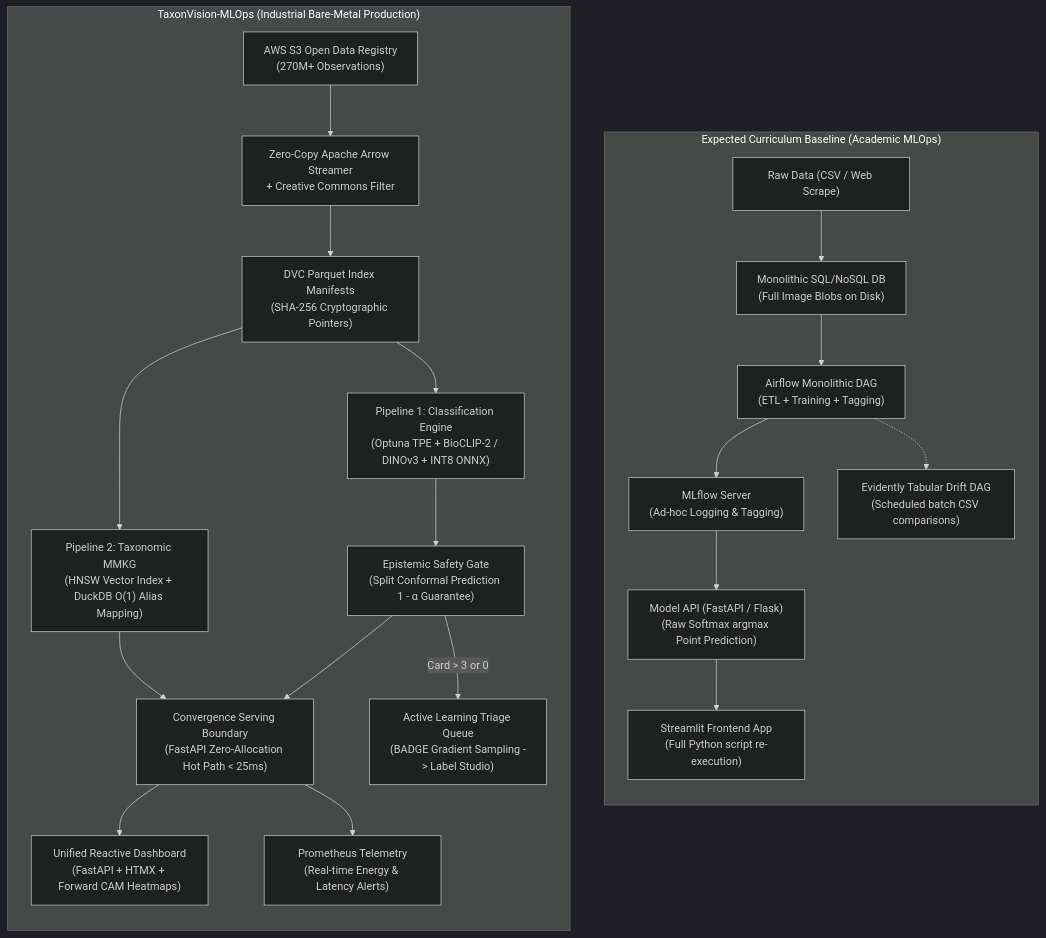
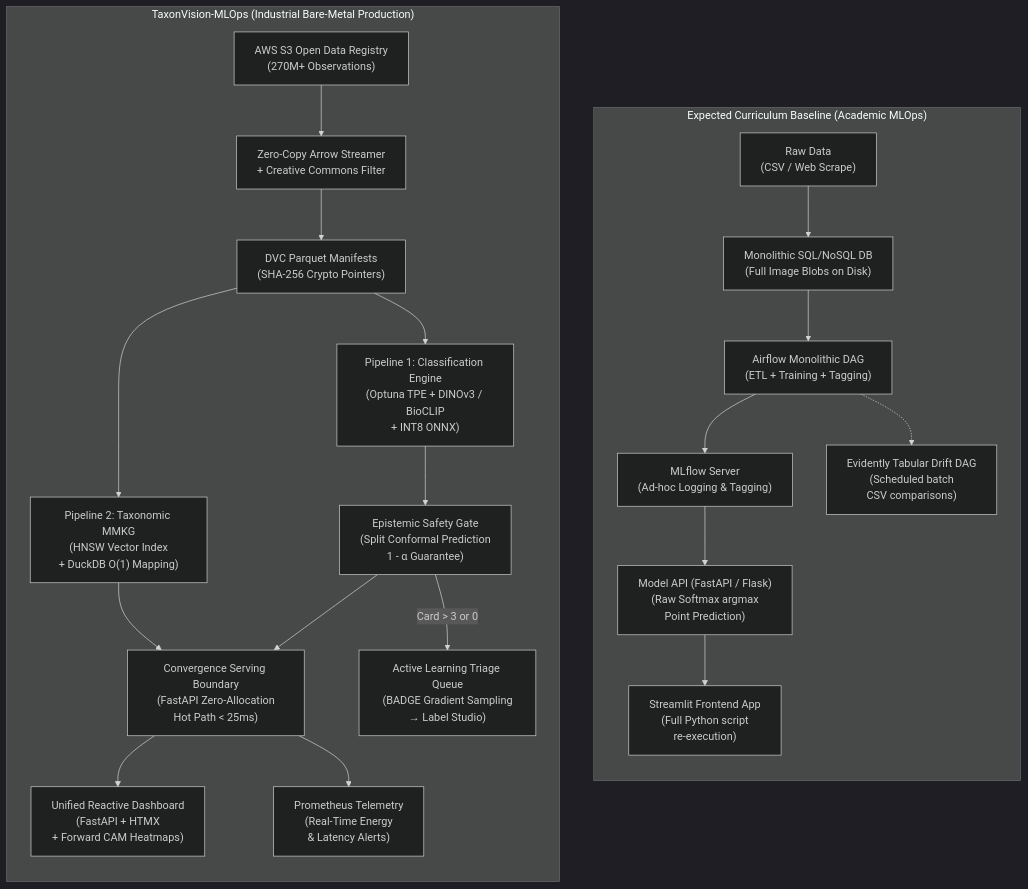
Before and after one commit to foersben/taxon-vision-mlops: the first of 5 diagrams in docs/foundations/architectural_comparison.md, drawn with Mermaid (dark theme). The commit also changed 8 other files, not shown here.

Commit message:
fix(docs): resolve broken mermaid syntax, markdown tables, widget styles, and dimension accuracy

````diff
--- a/docs/foundations/architectural_comparison.md
+++ b/docs/foundations/architectural_comparison.md
@@ -16,26 +16,26 @@
 ```mermaid
 flowchart TD
     subgraph Academic["Expected Curriculum Baseline (Academic MLOps)"]
         direction TB
-        A1["Raw Data (CSV / Web Scrape)"] --> A2["Monolithic SQL/NoSQL DB<br/>(Full Image Blobs on Disk)"]
+        A1["Raw Data<br/>(CSV / Web Scrape)"] --> A2["Monolithic SQL/NoSQL DB<br/>(Full Image Blobs on Disk)"]
         A2 --> A3["Airflow Monolithic DAG<br/>(ETL + Training + Tagging)"]
         A3 --> A4["MLflow Server<br/>(Ad-hoc Logging & Tagging)"]
-        A4 --> A5["Model API (FastAPI / Flask)<br/>(Raw Softmax argmax Point Prediction)"]
-        A5 --> A6["Streamlit Frontend App<br/>(Full Python script re-execution)"]
-        A3 -.-> A7["Evidently Tabular Drift DAG<br/>(Scheduled batch CSV comparisons)"]
+        A4 --> A5["Model API (FastAPI / Flask)<br/>(Raw Softmax argmax<br/>Point Prediction)"]
+        A5 --> A6["Streamlit Frontend App<br/>(Full Python script<br/>re-execution)"]
+        A3 -.-> A7["Evidently Tabular Drift DAG<br/>(Scheduled batch<br/>CSV comparisons)"]
     end
 
     subgraph TaxonVision["TaxonVision-MLOps (Industrial Bare-Metal Production)"]
         direction TB
-        B1["AWS S3 Open Data Registry<br/>(270M+ Observations)"] --> B2["Zero-Copy Apache Arrow Streamer<br/>+ Creative Commons Filter"]
-        B2 --> B3["DVC Parquet Index Manifests<br/>(SHA-256 Cryptographic Pointers)"]
-        B3 --> B4["Pipeline 1: Classification Engine<br/>(Optuna TPE + BioCLIP-2 / DINOv3 + INT8 ONNX)"]
-        B3 --> B5["Pipeline 2: Taxonomic MMKG<br/>(HNSW Vector Index + DuckDB O(1) Alias Mapping)"]
-        B4 --> B6["Epistemic Safety Gate<br/>(Split Conformal Prediction 1 - α Guarantee)"]
-        B5 --> B7["Convergence Serving Boundary<br/>(FastAPI Zero-Allocation Hot Path < 25ms)"]
+        B1["AWS S3 Open Data Registry<br/>(270M+ Observations)"] --> B2["Zero-Copy Arrow Streamer<br/>+ Creative Commons Filter"]
+        B2 --> B3["DVC Parquet Manifests<br/>(SHA-256 Crypto Pointers)"]
+        B3 --> B4["Pipeline 1: Classification Engine<br/>(Optuna TPE + DINOv3 / BioCLIP<br/>+ INT8 ONNX)"]
+        B3 --> B5["Pipeline 2: Taxonomic MMKG<br/>(HNSW Vector Index<br/>+ DuckDB O(1) Mapping)"]
+        B4 --> B6["Epistemic Safety Gate<br/>(Split Conformal Prediction<br/>1 - &alpha; Guarantee)"]
+        B5 --> B7["Convergence Serving Boundary<br/>(FastAPI Zero-Allocation<br/>Hot Path < 25ms)"]
         B6 --> B7
-        B7 --> B8["Unified Reactive Dashboard<br/>(FastAPI + HTMX + Forward CAM Heatmaps)"]
-        B6 -->|Card > 3 or 0| B9["Active Learning Triage Queue<br/>(BADGE Gradient Sampling -> Label Studio)"]
-        B7 --> B10["Prometheus Telemetry<br/>(Real-time Energy & Latency Alerts)"]
+        B7 --> B8["Unified Reactive Dashboard<br/>(FastAPI + HTMX<br/>+ Forward CAM Heatmaps)"]
+        B6 -->|Card > 3 or 0| B9["Active Learning Triage Queue<br/>(BADGE Gradient Sampling<br/>&rarr; Label Studio)"]
+        B7 --> B10["Prometheus Telemetry<br/>(Real-Time Energy<br/>& Latency Alerts)"]
     end
 ```
````
